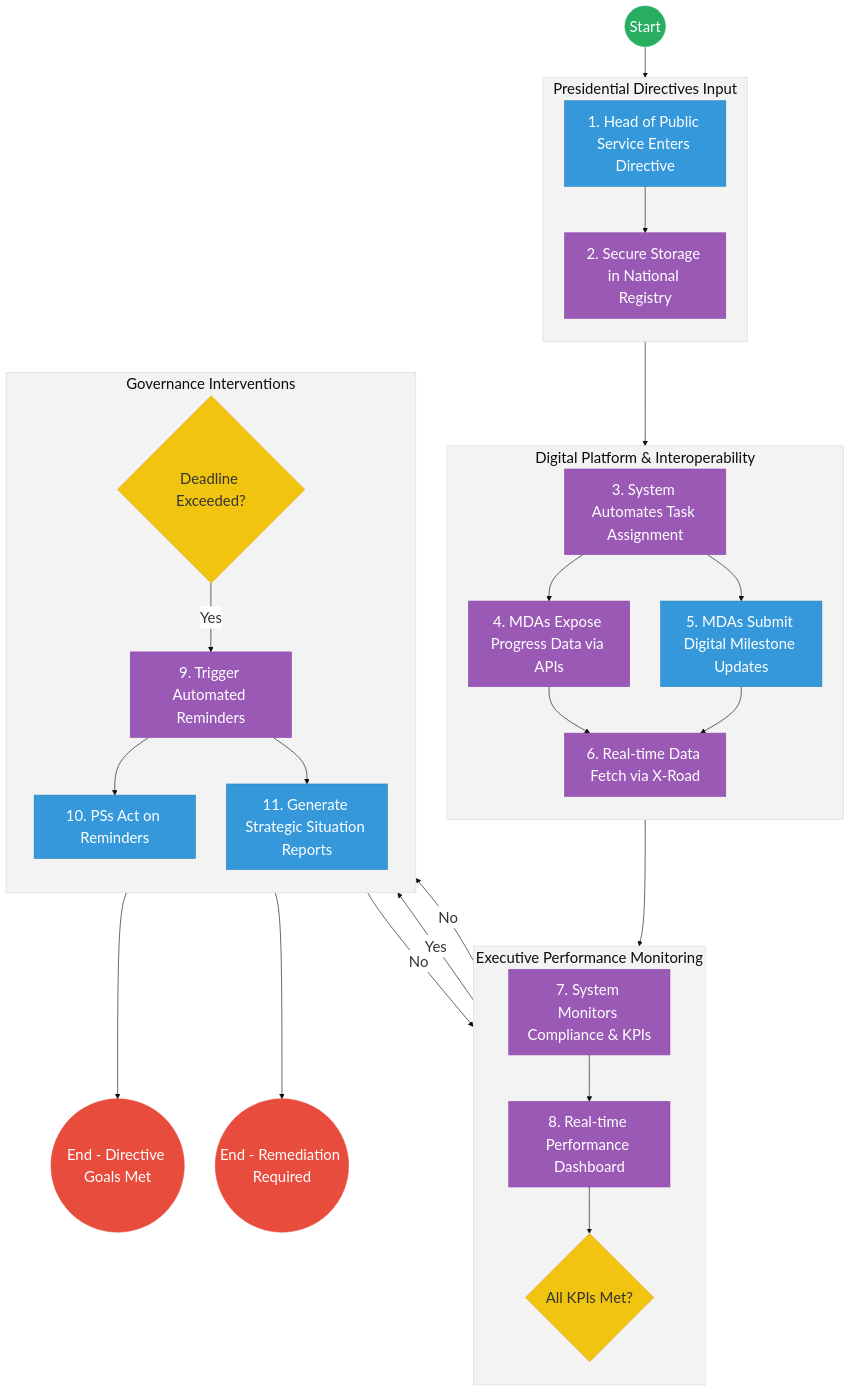
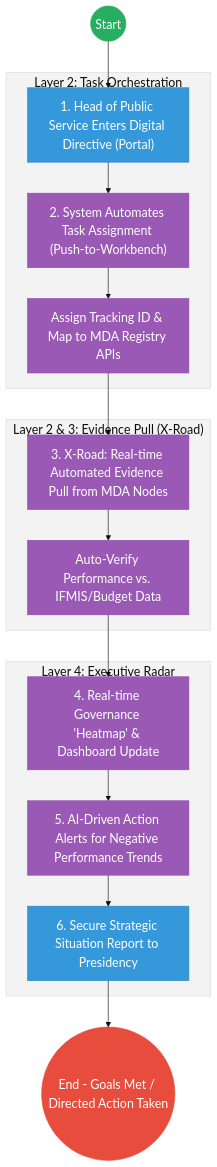
Before and after one commit to BITZ-IT-Consulting-LTD/ictapoc: the second of 2 diagrams in mdas/docs_final/priority_mdas/OFFICE_OF_THE_CHIEF_OF_STAFF___Whole_of_Government_Oversight.md, drawn with Mermaid. The commit also changed other lines of this file and 37 other files, not shown here.

````diff
--- a/mdas/docs_final/priority_mdas/OFFICE_OF_THE_CHIEF_OF_STAFF___Whole_of_Government_Oversight.md
+++ b/mdas/docs_final/priority_mdas/OFFICE_OF_THE_CHIEF_OF_STAFF___Whole_of_Government_Oversight.md
@@ -168,76 +111,33 @@
 ```mermaid
-%%{init: { 'theme': 'base', 'themeVariables': { 'fontSize': '24px', 'fontFamily': 'Inter, system-ui, sans-serif', 'primaryColor': '#ffffff', 'edgeLabelBackground':'#ffffff', 'tertiaryColor': '#f3f3f3', 'mainBkg': '#ffffff', 'nodeBorder': '#333333' } } }%%
+%%{init: { 'theme': 'base', 'themeVariables': { 'fontSize': '20px', 'fontFamily': 'Inter, system-ui, sans-serif', 'primaryColor': '#ffffff', 'edgeLabelBackground':'#ffffff', 'tertiaryColor': '#f3f3f3', 'mainBkg': '#ffffff', 'nodeBorder': '#333333' } } }%%
 flowchart TD
-    %% Events
-    Start((Start))
-    EndSuccess(("End - Directive Goals Met"))
-    EndEscalate(("End - Remediation Required"))
-
-    subgraph Input["Presidential Directives Input"]
-        direction TB
-        EnterDir["1. Head of Public Service Enters Directive"]
-        StoreDir["2. Secure Storage in National Registry"]
+    Start((Start)) --> Enter["1. Head of Public Service Enters Digital Directive (Portal)"]
+    
+    subgraph Trust_Hub["Layer 2: Task Orchestration"]
+        Enter --> Assign["2. System Automates Task Assignment (Push-to-Workbench)"]
+        Assign --> Trace["Assign Tracking ID & Map to MDA Registry APIs"]
     end
 
-    subgraph Automation["Digital Platform & Interoperability"]
-        direction TB
-        AssignTasks["3. System Automates Task Assignment"]
-        ExposeData["4. MDAs Expose Progress Data via APIs"]
-        SubUpdate["5. MDAs Submit Digital Milestone Updates"]
-        FetchData["6. Real-time Data Fetch via X-Road"]
+    subgraph Operations["Layer 2 & 3: Evidence Pull (X-Road)"]
+        Trace --> Fetch["3. X-Road: Real-time Automated Evidence Pull from MDA Nodes"]
+        Fetch --> CrossCheck["Auto-Verify Performance vs. IFMIS/Budget Data"]
     end
 
-    subgraph Monitoring ["Executive Performance Monitoring"]
-        direction TB
-        MonitorComp["7. System Monitors Compliance & KPIs"]
-        GenDash["8. Real-time Performance Dashboard"]
-        DetectGateway{All KPIs Met?}
+    subgraph Settlement["Layer 4: Executive Radar"]
+        CrossCheck --> Heatmap["4. Real-time Governance 'Heatmap' & Dashboard Update"]
+        Heatmap --> Alert["5. AI-Driven Action Alerts for Negative Performance Trends"]
+        Alert --> Result["6. Secure Strategic Situation Report to Presidency"]
     end
 
-    subgraph Intervention ["Governance Interventions"]
-        direction TB
-        DeadlineGateway{Deadline Exceeded?}
-        TrigEsc["9. Trigger Automated Reminders"]
-        ActNudge["10. PSs Act on Reminders"]
-        GenRep["11. Generate Strategic Situation Reports"]
-    end
+    Result --> EndProcess(("End - Goals Met / Directed Action Taken"))
 
-    %% Flow connections
-    Start --> EnterDir
-    EnterDir --> StoreDir
-    StoreDir --> AssignTasks
-    AssignTasks --> ExposeData
-    AssignTasks --> SubUpdate
+    classDef start fill:#27ae60,stroke:#27ae60,color:#fff,font-size:20px;;
+    classDef endNode fill:#e74c3c,stroke:#e74c3c,color:#fff,font-size:20px;;
+    classDef userTask fill:#3498db,stroke:#2980b9,color:#fff,font-size:20px;;
+    classDef serviceTask fill:#9b59b6,stroke:#8e44ad,color:#fff,font-size:20px;;
     
-    ExposeData --> FetchData
-    SubUpdate --> FetchData
-    
-    FetchData --> MonitorComp
-    MonitorComp --> GenDash
-    GenDash --> DetectGateway
-    
-    DetectGateway -- "Yes" --> GenRep
-    DetectGateway -- "No" --> DeadlineGateway
-    
-    DeadlineGateway -- "No" --> MonitorComp
-    DeadlineGateway -- "Yes" --> TrigEsc
-    
-    TrigEsc --> ActNudge
-    TrigEsc --> GenRep
-    
-    GenRep --> EndSuccess
-    ActNudge --> EndEscalate
-
-    %% Styling
-    classDef startEvent fill:#27ae60,stroke:#27ae60,color:#fff,font-size:24px,font-size:24px,font-size:24px;;
-    classDef endEvent fill:#e74c3c,stroke:#e74c3c,color:#fff,font-size:24px,font-size:24px,font-size:24px;;
-    classDef userTask fill:#3498db,stroke:#2980b9,color:#fff,font-size:24px,font-size:24px,font-size:24px;;
-    classDef serviceTask fill:#9b59b6,stroke:#8e44ad,color:#fff,font-size:24px,font-size:24px,font-size:24px;;
-    classDef gateway fill:#f1c40f,stroke:#f39c12,color:#333,font-size:24px,font-size:24px,font-size:24px;;
-    
-    class Start startEvent;
-    class EndSuccess,EndEscalate endEvent;
-    class DetectGateway,DeadlineGateway gateway;
-    class StoreDir,AssignTasks,FetchData,MonitorComp,GenDash,TrigEsc,ExposeData serviceTask;
-    class EnterDir,GenRep,SubUpdate,ActNudge userTask;
+    class Start start;
+    class EndProcess endNode;
+    class Enter,Result userTask;
+    class Assign,Trace,Fetch,CrossCheck,Heatmap,Alert serviceTask;
 ```
````
